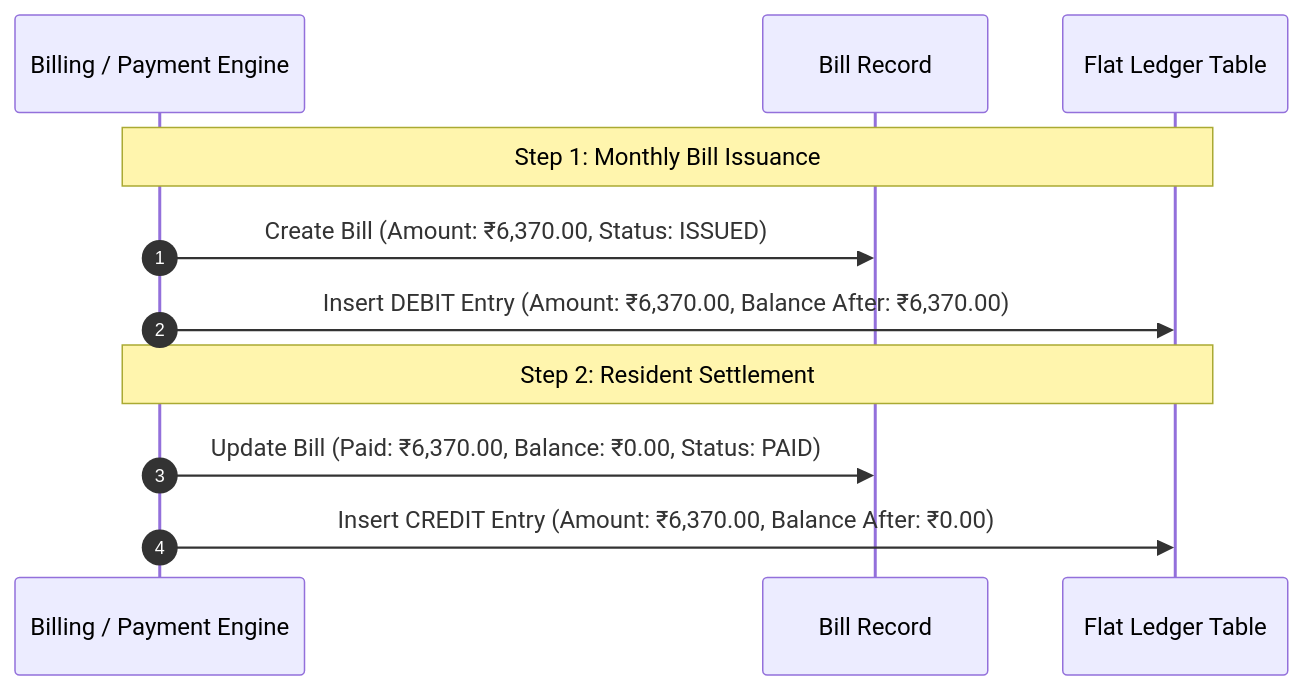
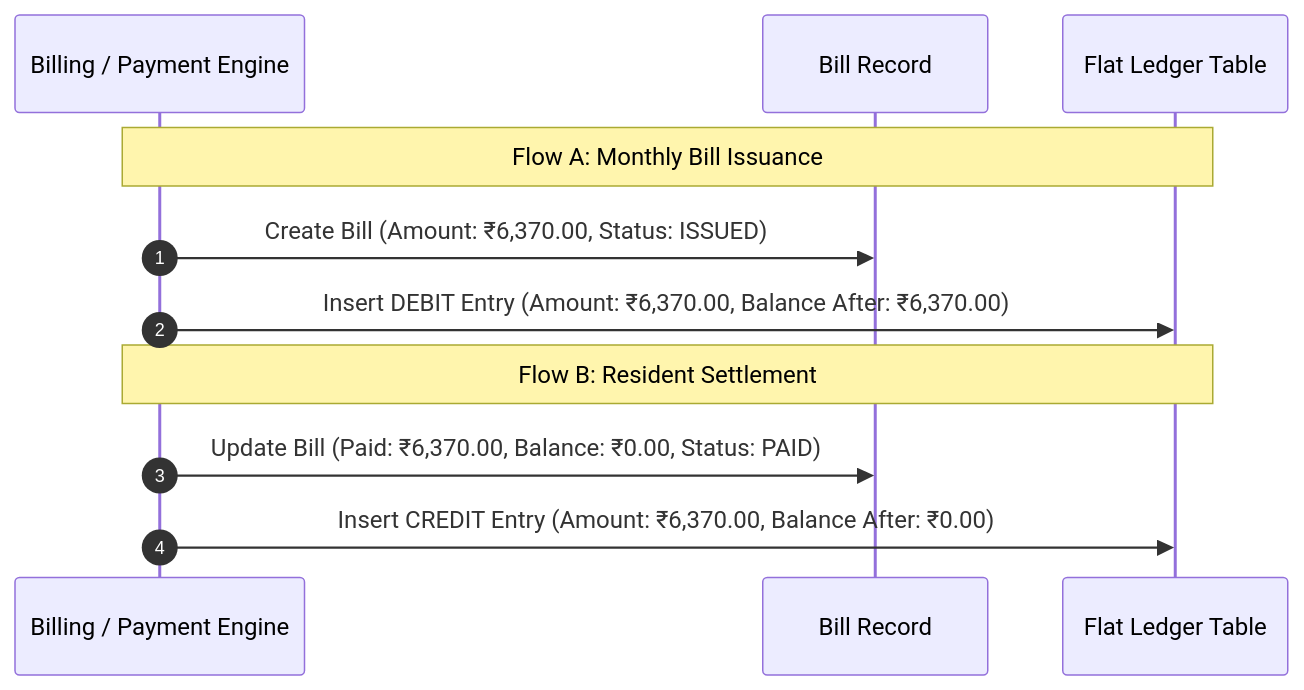
One commit to Jagadeesh58/Township_one changed the diagram in docs/maintenance-billing.md. Above: the diagram before and after it, drawn with Mermaid. The commit also changed 5 other files, not shown here.

````diff
--- a/docs/maintenance-billing.md
+++ b/docs/maintenance-billing.md
@@ -68,15 +68,15 @@
 ```mermaid
 sequenceDiagram
     autonumber
     participant Engine as Billing / Payment Engine
     participant Bill as Bill Record
     participant Ledger as Flat Ledger Table
 
-    Note over Engine,Ledger: Step 1: Monthly Bill Issuance
+    Note over Engine,Ledger: Flow A: Monthly Bill Issuance
     Engine->>Bill: Create Bill (Amount: ₹6,370.00, Status: ISSUED)
     Engine->>Ledger: Insert DEBIT Entry (Amount: ₹6,370.00, Balance After: ₹6,370.00)
 
-    Note over Engine,Ledger: Step 2: Resident Settlement
+    Note over Engine,Ledger: Flow B: Resident Settlement
     Engine->>Bill: Update Bill (Paid: ₹6,370.00, Balance: ₹0.00, Status: PAID)
     Engine->>Ledger: Insert CREDIT Entry (Amount: ₹6,370.00, Balance After: ₹0.00)
 ```
````
